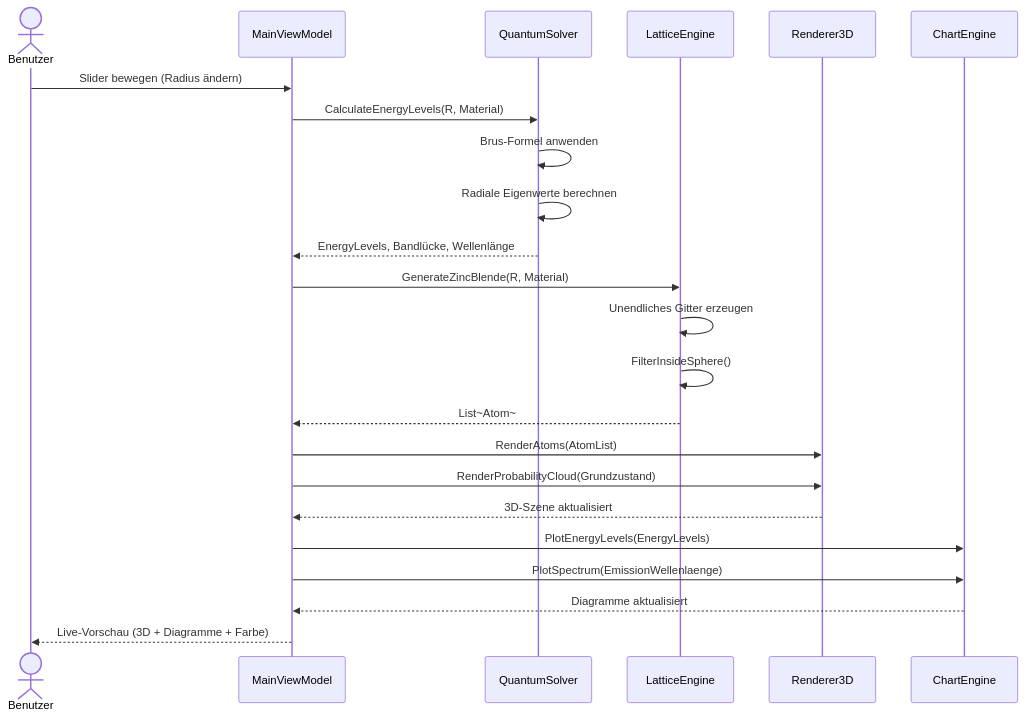
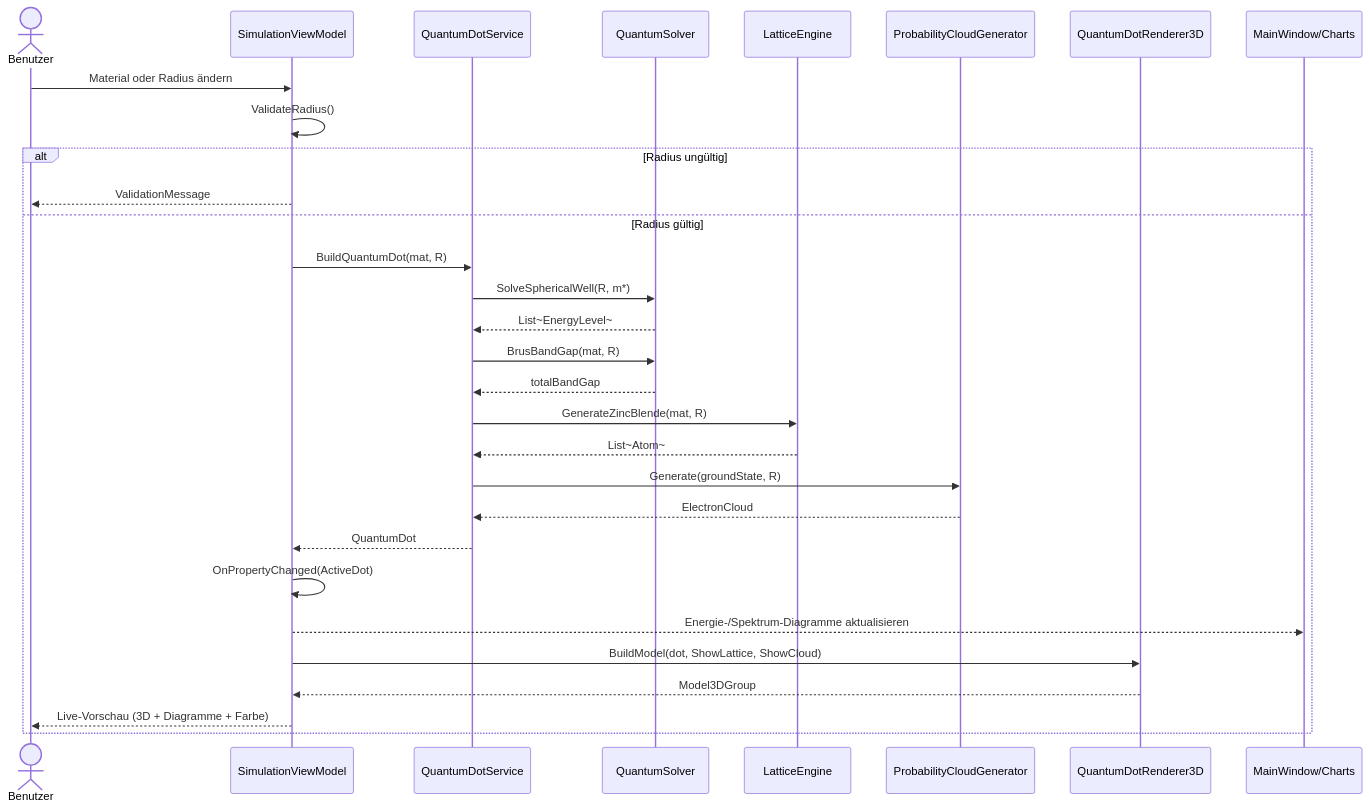
Before and after one commit to Ismail-El-Hayani/quantum-dot-studio: the first of 2 diagrams in docs/Wiki/Sequenzdiagramm.md, drawn with Mermaid. The commit also changed other lines of this file and 11 other files, not shown here.

Commit message:
Fix 3D view wiring: MultiBinding converter for radius/material/cloud updates + debounced radius recalc

````diff
--- a/docs/Wiki/Sequenzdiagramm.md
+++ b/docs/Wiki/Sequenzdiagramm.md
@@ -3,30 +5,33 @@
 ```mermaid
 sequenceDiagram
     actor Benutzer
-    participant UI as MainViewModel
+    participant UI as SimulationViewModel
+    participant Service as QuantumDotService
     participant Solver as QuantumSolver
     participant Lattice as LatticeEngine
-    participant Renderer as Renderer3D
-    participant Chart as ChartEngine
+    participant Cloud as ProbabilityCloudGenerator
+    participant Renderer as QuantumDotRenderer3D
+    participant Chart as MainWindow/Charts
 
-    Benutzer->>UI: Slider bewegen (Radius ändern)
-    UI->>Solver: CalculateEnergyLevels(R, Material)
-    Solver->>Solver: Brus-Formel anwenden
-    Solver->>Solver: Radiale Eigenwerte berechnen
-    Solver-->>UI: EnergyLevels, Bandlücke, Wellenlänge
-
-    UI->>Lattice: GenerateZincBlende(R, Material)
-    Lattice->>Lattice: Unendliches Gitter erzeugen
-    Lattice->>Lattice: FilterInsideSphere()
-    Lattice-->>UI: List~Atom~
-
-    UI->>Renderer: RenderAtoms(AtomList)
-    UI->>Renderer: RenderProbabilityCloud(Grundzustand)
-    Renderer-->>UI: 3D-Szene aktualisiert
-
-    UI->>Chart: PlotEnergyLevels(EnergyLevels)
-    UI->>Chart: PlotSpectrum(EmissionWellenlaenge)
-    Chart-->>UI: Diagramme aktualisiert
-
-    UI-->>Benutzer: Live-Vorschau (3D + Diagramme + Farbe)
+    Benutzer->>UI: Material oder Radius ändern
+    UI->>UI: ValidateRadius()
+    alt Radius ungültig
+        UI-->>Benutzer: ValidationMessage
+    else Radius gültig
+        UI->>Service: BuildQuantumDot(mat, R)
+        Service->>Solver: SolveSphericalWell(R, m*)
+        Solver-->>Service: List~EnergyLevel~
+        Service->>Solver: BrusBandGap(mat, R)
+        Solver-->>Service: totalBandGap
+        Service->>Lattice: GenerateZincBlende(mat, R)
+        Lattice-->>Service: List~Atom~
+        Service->>Cloud: Generate(groundState, R)
+        Cloud-->>Service: ElectronCloud
+        Service-->>UI: QuantumDot
+        UI->>UI: OnPropertyChanged(ActiveDot)
+        UI-->>Chart: Energie-/Spektrum-Diagramme aktualisieren
+        UI->>Renderer: BuildModel(dot, ShowLattice, ShowCloud)
+        Renderer-->>UI: Model3DGroup
+        UI-->>Benutzer: Live-Vorschau (3D + Diagramme + Farbe)
+    end
 ```
````
